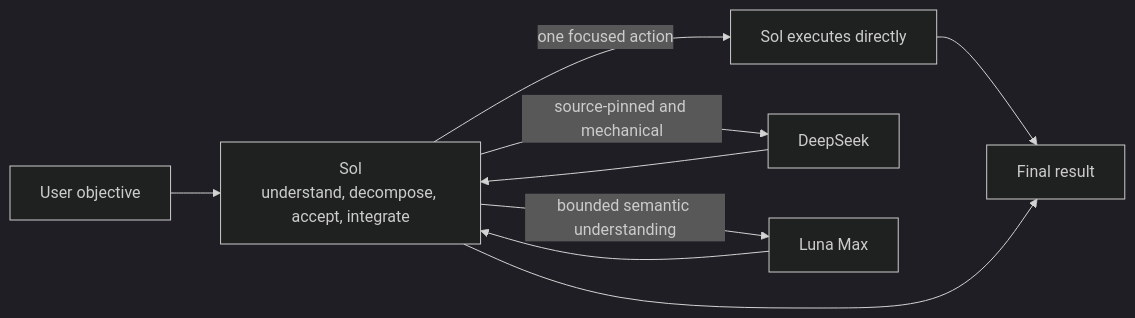
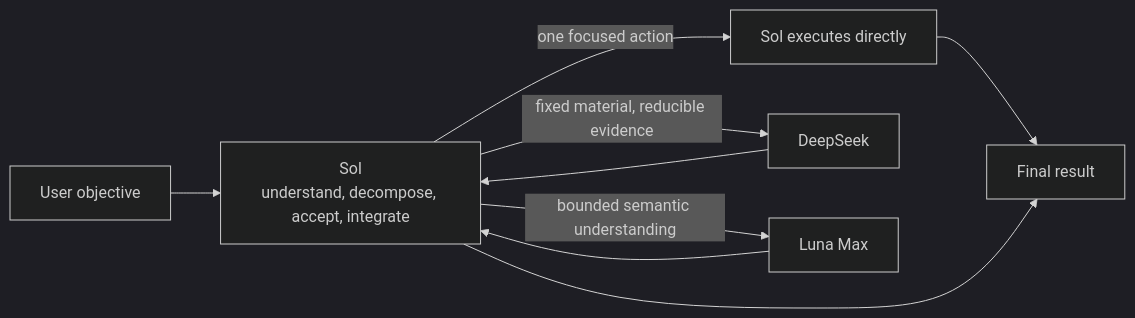
The diagram in README.en.md (liuyejinghong/sol-worker-routing-codex), drawn with Mermaid (dark theme) before and after one commit. The commit also changed other lines of this file and 6 other files, not shown here.

````diff
--- a/README.en.md
+++ b/README.en.md
@@ -49,11 +49,11 @@
 ```mermaid
 flowchart LR
     U["User objective"] --> S["Sol<br/>understand, decompose, accept, integrate"]
     S -->|"one focused action"| D["Sol executes directly"]
-    S -->|"source-pinned and mechanical"| DS["DeepSeek"]
+    S -->|"fixed material, reducible evidence"| DS["DeepSeek"]
     S -->|"bounded semantic understanding"| L["Luna Max"]
     D --> O["Final result"]
     DS --> S
     L --> S
     S --> O
 ```
````
